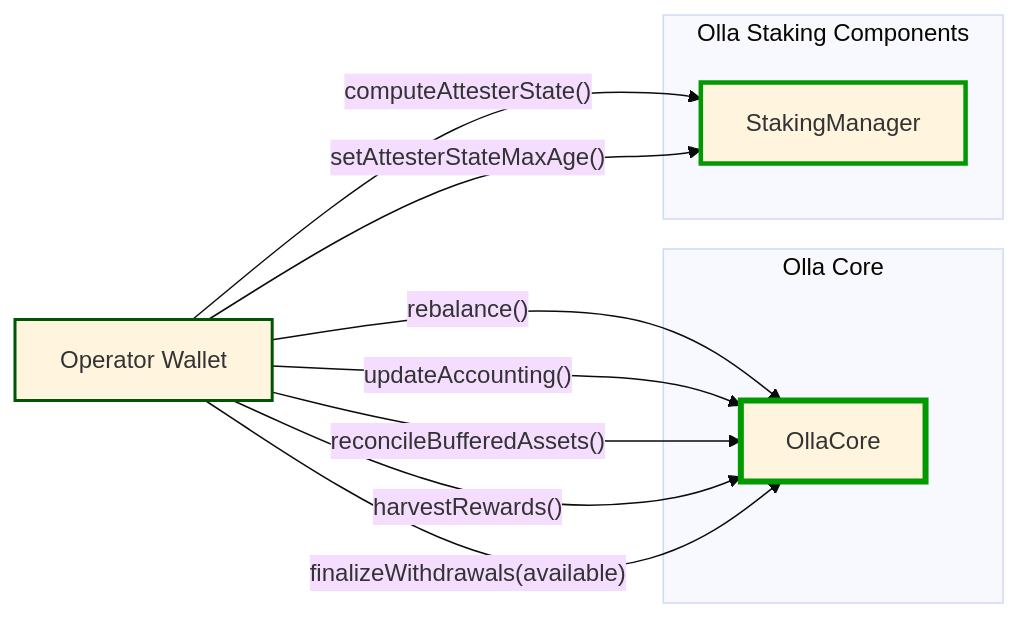
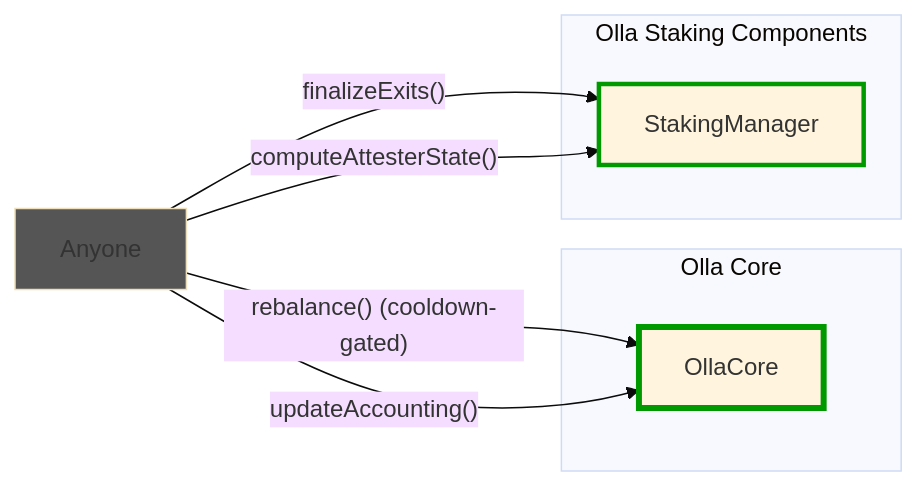
Before and after one commit to ollafinance/core: the fourth of 8 diagrams in docs/overview.md, drawn with Mermaid (base theme). The commit also changed other lines of this file and 54 other files, not shown here.

First line of the commit message:
fix: make rebalance, accounting, and staking manager functions permissionless (#300)

````diff
--- a/docs/overview.md
+++ b/docs/overview.md
@@ -224,24 +229,21 @@
 ```mermaid
 flowchart LR
 
-ollaOperatorWallet[Operator Wallet]
+anyoneWallet[Anyone]
 
 subgraph "Olla Core"
     core[OllaCore]
 end
 subgraph "Olla Staking Components"
     stkMan[StakingManager]
 end
 
-ollaOperatorWallet -->|"rebalance()"| core
-ollaOperatorWallet -->|"updateAccounting()"| core
-ollaOperatorWallet -->|"reconcileBufferedAssets()"| core
-ollaOperatorWallet -->|"harvestRewards()"| core
-ollaOperatorWallet -->|"finalizeWithdrawals(available)"| core
-ollaOperatorWallet -->|"computeAttesterState()"| stkMan
-ollaOperatorWallet -->|"setAttesterStateMaxAge()"| stkMan
+anyoneWallet -->|"rebalance() (cooldown-gated)"| core
+anyoneWallet -->|"updateAccounting()"| core
+anyoneWallet -->|"finalizeExits()"| stkMan
+anyoneWallet -->|"computeAttesterState()"| stkMan
 
-style ollaOperatorWallet stroke:#050,stroke-width:2px
+style anyoneWallet fill:#555
 style core stroke:#090,stroke-width:4px
 style stkMan stroke:#090,stroke-width:3px
 ```
````
